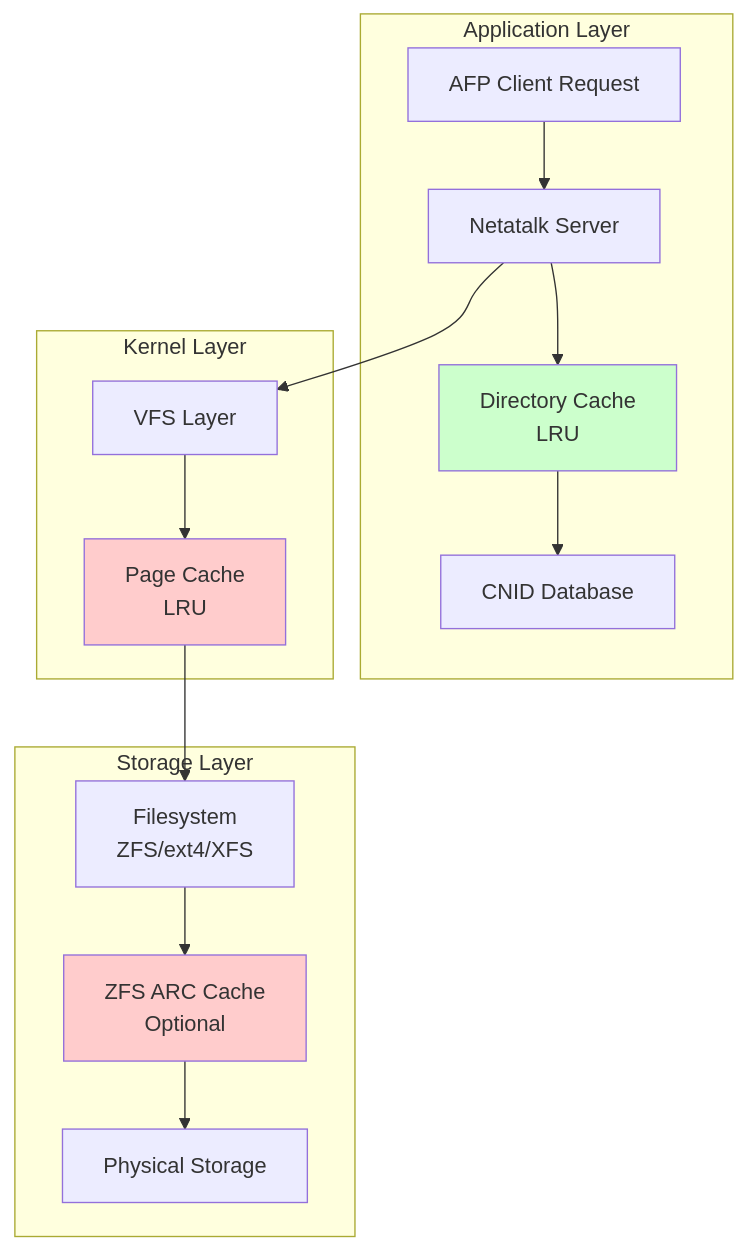
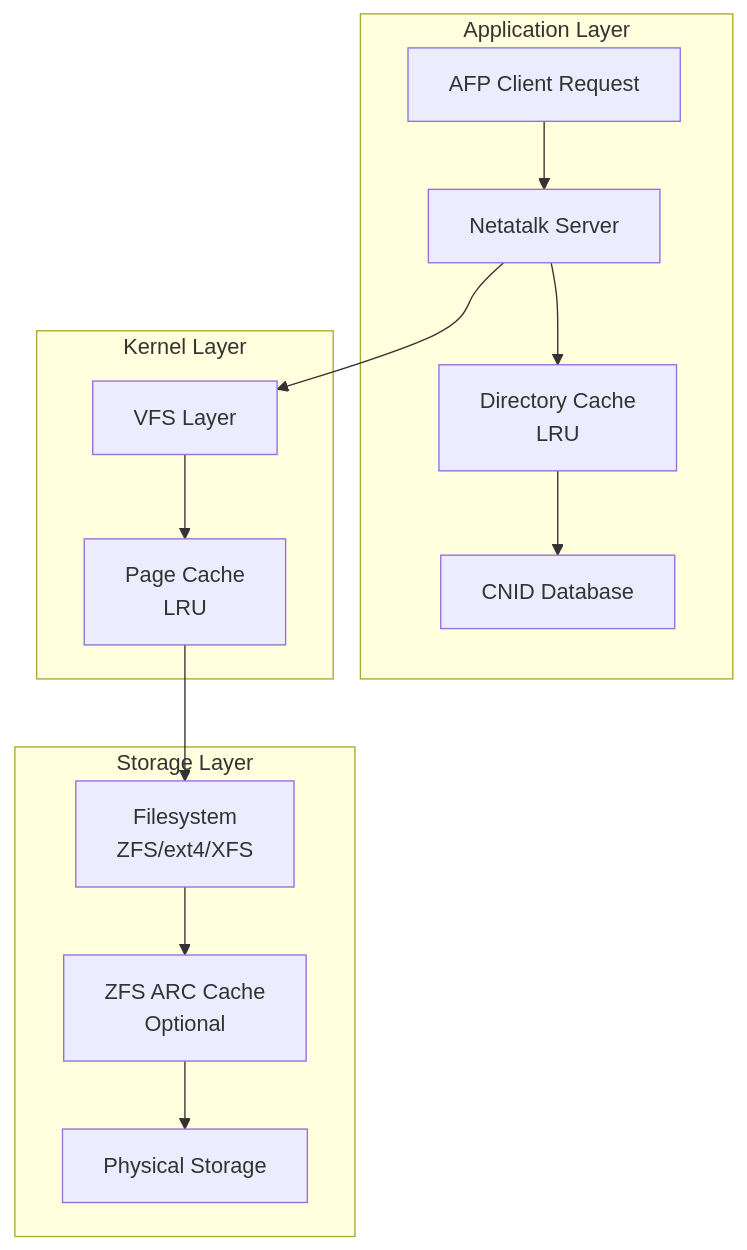
One commit to Netatalk/netatalk changed the first of 9 diagrams in doc/developer/dircache.md. Above: the diagram before and after it, drawn with Mermaid. The commit also changed other lines of this file, not shown here.

Commit message:
docs: escape hashes in mermaid markup to appease doxygen

````diff
--- a/doc/developer/dircache.md
+++ b/doc/developer/dircache.md
@@ -18,33 +18,33 @@
 ```mermaid
 graph TB
     subgraph "Application Layer"
         AFP[AFP Client Request]
         NT[Netatalk Server]
         DC[Directory Cache<br/>LRU]
         CNID[CNID Database]
     end
     
     subgraph "Kernel Layer"
         PC[Page Cache<br/>LRU]
         VFS[VFS Layer]
     end
     
     subgraph "Storage Layer"
         FS[Filesystem<br/>ZFS/ext4/XFS]
         ARC[ZFS ARC Cache<br/>Optional]
         DISK[Physical Storage]
     end
     
     AFP --> NT
     NT --> DC
     DC --> CNID
     NT --> VFS
     VFS --> PC
     PC --> FS
     FS --> ARC
     ARC --> DISK
     
-    style PC fill:#ffcccc
-    style DC fill:#ccffcc
-    style ARC fill:#ffcccc
+    style PC fill:\#ffcccc
+    style DC fill:\#ccffcc
+    style ARC fill:\#ffcccc
 ```
````
